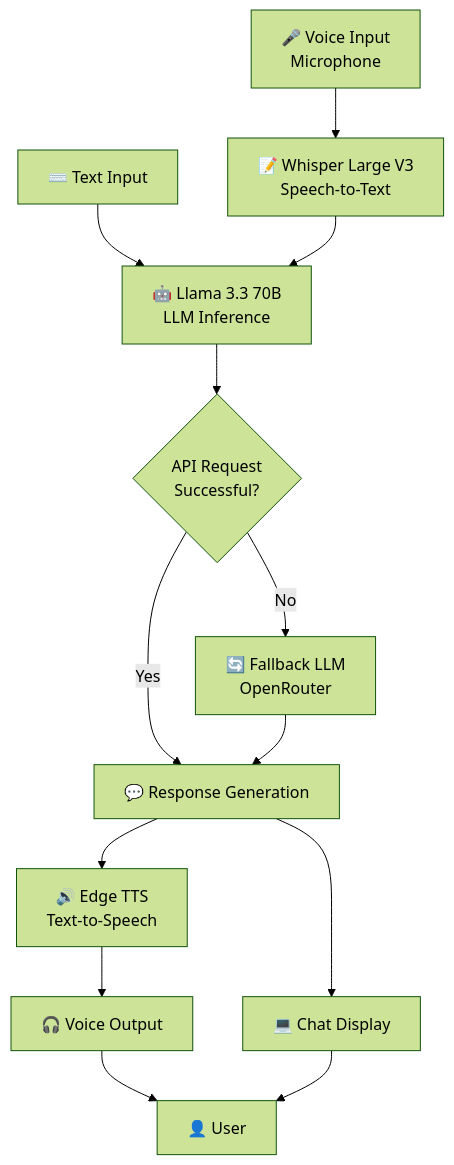
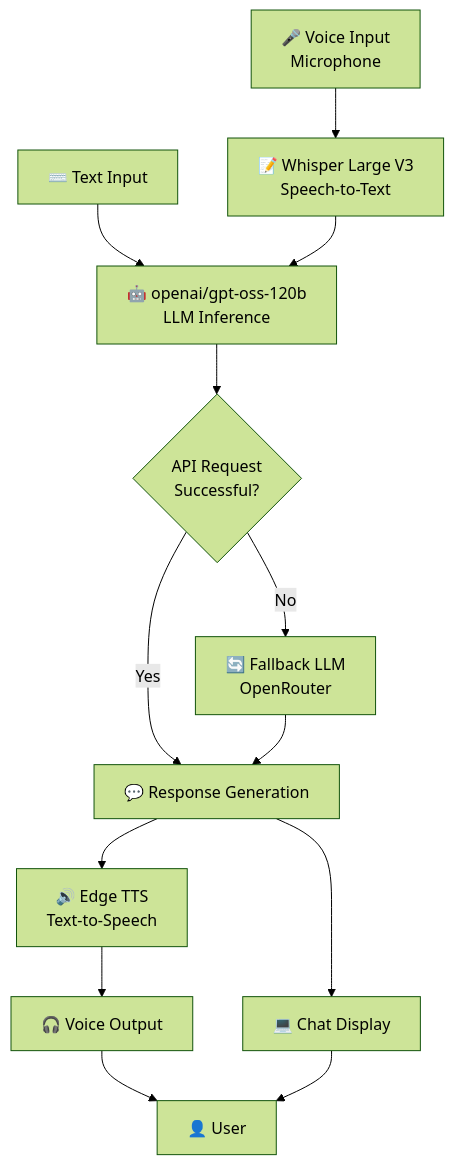
The diagram in README.md (deepugupta0820/voice-ai-bot), drawn with Mermaid (forest theme) before and after one commit. The commit also changed other lines of this file and 3 other files, not shown here.

````diff
--- a/README.md
+++ b/README.md
@@ -33,21 +33,21 @@
 ```mermaid
 flowchart TD
     A["🎤 Voice Input<br/>Microphone"] --> C["📝 Whisper Large V3<br/>Speech-to-Text"]
-    B["⌨️ Text Input"] --> D["🤖 Llama 3.3 70B<br/>LLM Inference"]
+    B["⌨️ Text Input"] --> D["🤖 openai/gpt-oss-120b<br/>LLM Inference"]
     C --> D
 
     D --> E{"API Request<br/>Successful?"}
 
     E -->|Yes| F["💬 Response Generation"]
     E -->|No| G["🔄 Fallback LLM<br/>OpenRouter"]
 
     G --> F
 
     F --> H["🔊 Edge TTS<br/>Text-to-Speech"]
 
     H --> I["🎧 Voice Output"]
     F --> J["💻 Chat Display"]
 
     I --> K["👤 User"]
     J --> K
 ```
````
